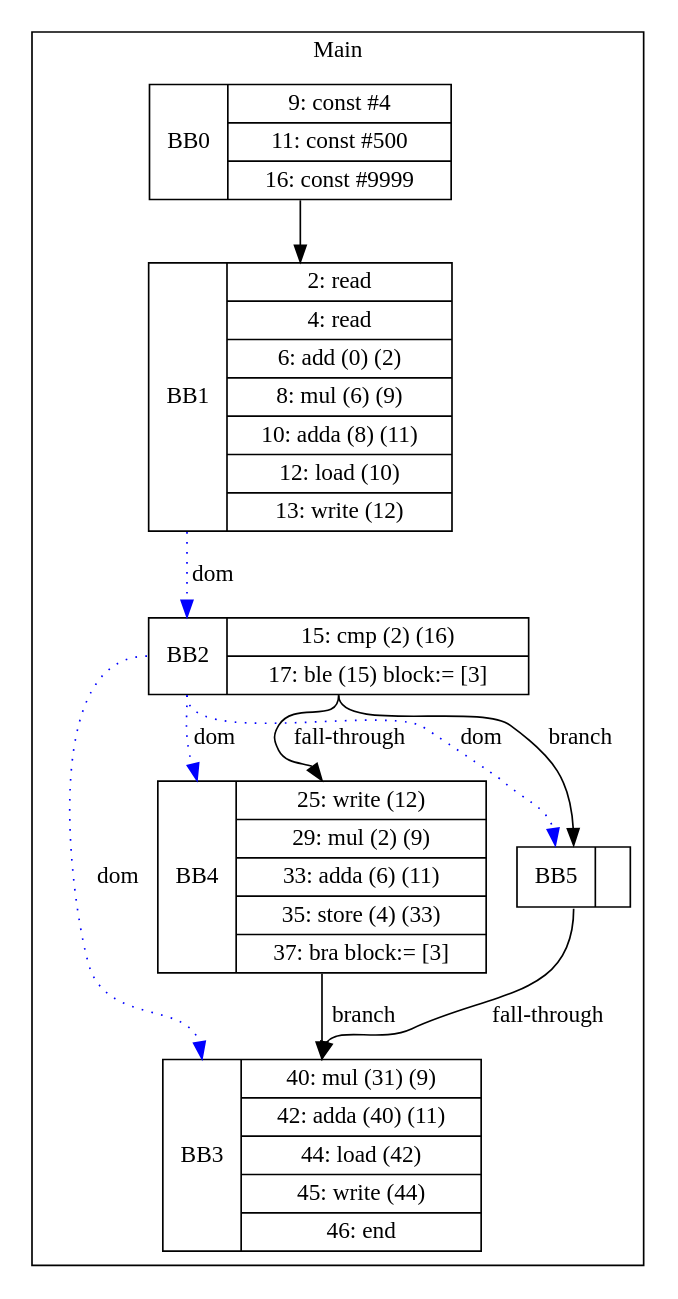
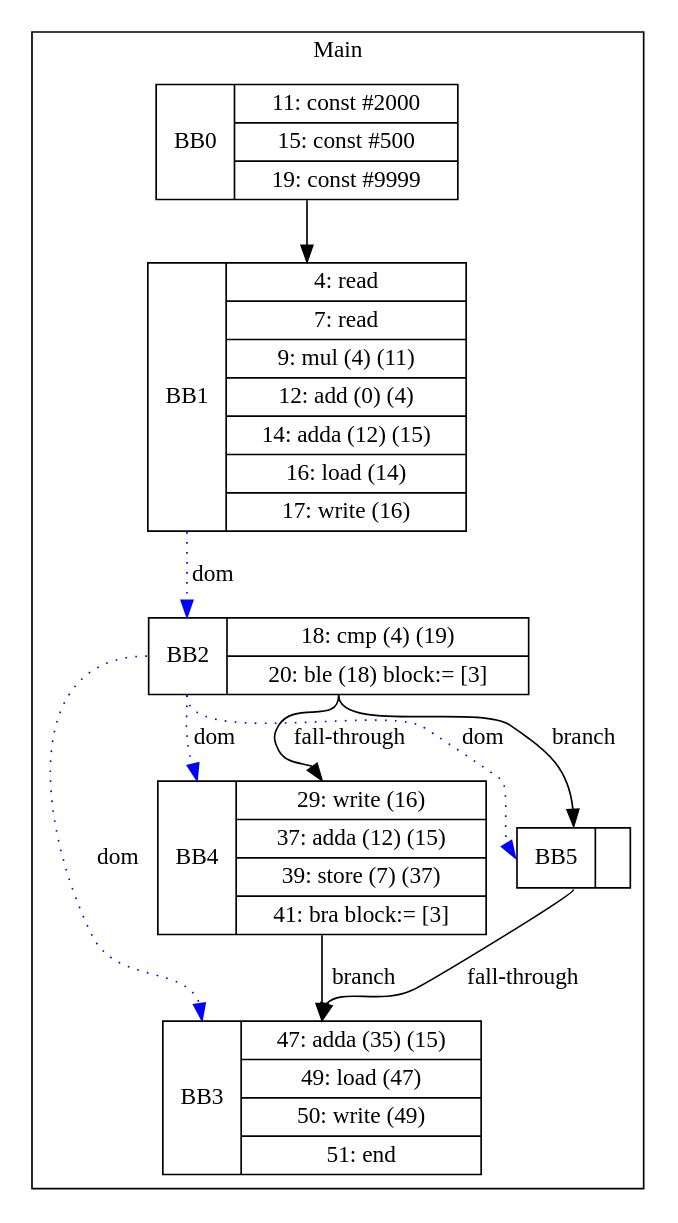
Before and after one commit to zjc664656505/UCI-CS241-Advanced-Compiler-main: the diagram in visualization/phillip/arrays/ifJoinKill.gv, drawn with Graphviz. The commit also changed 90 other files, not shown here.

```diff
--- a/visualization/phillip/arrays/ifJoinKill.gv
+++ b/visualization/phillip/arrays/ifJoinKill.gv
@@ -1,21 +1,21 @@
 digraph G {
 node [shape=record];
 subgraph cluster_main{
 label = "Main";
-BB0 [shape=record, label="<b>BB0|{9: const #4|11: const #500|16: const #9999}"];
-BB1 [shape=record, label="<b>BB1|{2: read|4: read|6: add (0) (2)|8: mul (6) (9)|10: adda (8) (11)|12: load (10)|13: write (12)}"];
-BB2 [shape=record, label="<b>BB2|{15: cmp (2) (16)|17: ble (15) block:= [3]}"];
-BB3 [shape=record, label="<b>BB3|{40: mul (31) (9)|42: adda (40) (11)|44: load (42)|45: write (44)|46: end}"];
-BB4 [shape=record, label="<b>BB4|{25: write (12)|29: mul (2) (9)|33: adda (6) (11)|35: store (4) (33)|37: bra block:= [3]}"];
+BB0 [shape=record, label="<b>BB0|{11: const #2000|15: const #500|19: const #9999}"];
+BB1 [shape=record, label="<b>BB1|{4: read|7: read|9: mul (4) (11)|12: add (0) (4)|14: adda (12) (15)|16: load (14)|17: write (16)}"];
+BB2 [shape=record, label="<b>BB2|{18: cmp (4) (19)|20: ble (18) block:= [3]}"];
+BB3 [shape=record, label="<b>BB3|{47: adda (35) (15)|49: load (47)|50: write (49)|51: end}"];
+BB4 [shape=record, label="<b>BB4|{29: write (16)|37: adda (12) (15)|39: store (7) (37)|41: bra block:= [3]}"];
 BB5 [shape=record, label="<b>BB5|}"];
 }
 BB0:s -> BB1:n ;
 BB2:b -> BB3:b [color=blue, style=dotted, label="dom"];
 BB2:b -> BB4:b [color=blue, style=dotted, label="dom"];
 BB1:b -> BB2:b [color=blue, style=dotted, label="dom"];
 BB2:b -> BB5:b [color=blue, style=dotted, label="dom"];
 BB2:s -> BB5:n [label="branch"];
 BB4:s -> BB3:n [label="branch"];
 BB5:s -> BB3:n [label="fall-through"];
 BB2:s -> BB4:n [label="fall-through"];
 }
```
